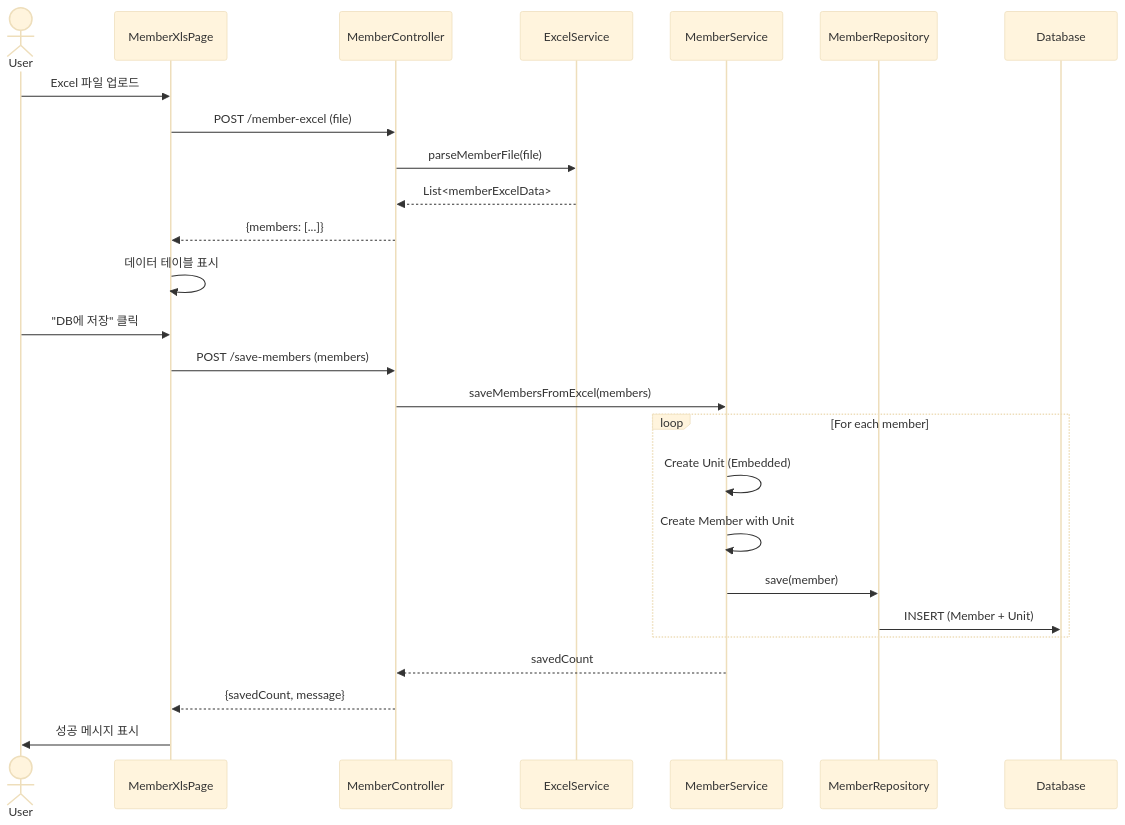
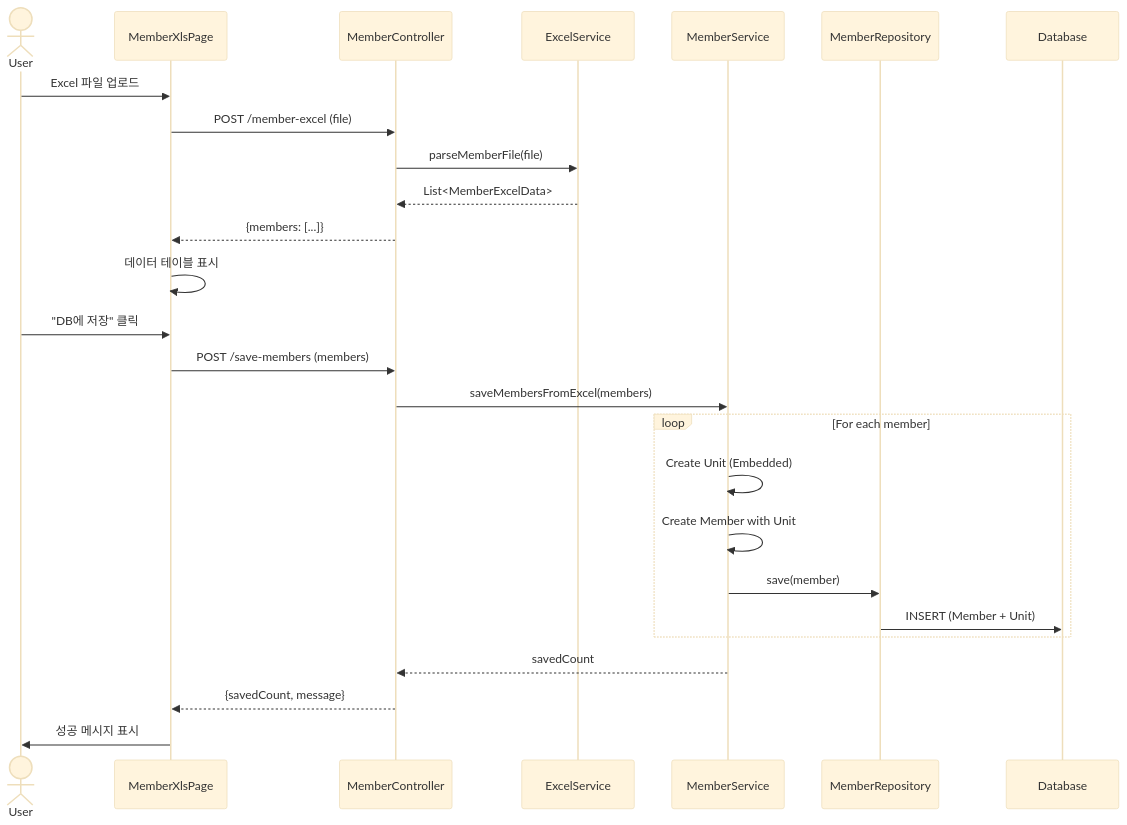
The fifth of 8 diagrams in src/main/resources/markDown/DATABASE_DIAGRAMS.md (TetraLabYonam/api), drawn with Mermaid (base theme) before and after one commit. The commit also changed other lines of this file and 4 other files, not shown here.

First line of the commit message:
DOCS : 프로젝트 문서 정리 및 DATABASE_DIAGRAMS.md 개선

````diff
--- a/src/main/resources/markDown/DATABASE_DIAGRAMS.md
+++ b/src/main/resources/markDown/DATABASE_DIAGRAMS.md
@@ -264,32 +454,32 @@
 ```mermaid
 sequenceDiagram
     actor User
     participant Frontend as MemberXlsPage
     participant Controller as MemberController
     participant ExcelSvc as ExcelService
     participant MemberSvc as MemberService
     participant MemberRepo as MemberRepository
     participant DB as Database
 
     User->>Frontend: Excel 파일 업로드
     Frontend->>Controller: POST /member-excel (file)
     Controller->>ExcelSvc: parseMemberFile(file)
-    ExcelSvc-->>Controller: List<memberExcelData>
+    ExcelSvc-->>Controller: List<MemberExcelData>
     Controller-->>Frontend: {members: [...]}
     Frontend->>Frontend: 데이터 테이블 표시
 
     User->>Frontend: "DB에 저장" 클릭
     Frontend->>Controller: POST /save-members (members)
     Controller->>MemberSvc: saveMembersFromExcel(members)
 
     loop For each member
         MemberSvc->>MemberSvc: Create Unit (Embedded)
         MemberSvc->>MemberSvc: Create Member with Unit
         MemberSvc->>MemberRepo: save(member)
         MemberRepo->>DB: INSERT (Member + Unit)
     end
 
     MemberSvc-->>Controller: savedCount
     Controller-->>Frontend: {savedCount, message}
     Frontend->>User: 성공 메시지 표시
 ```
````
